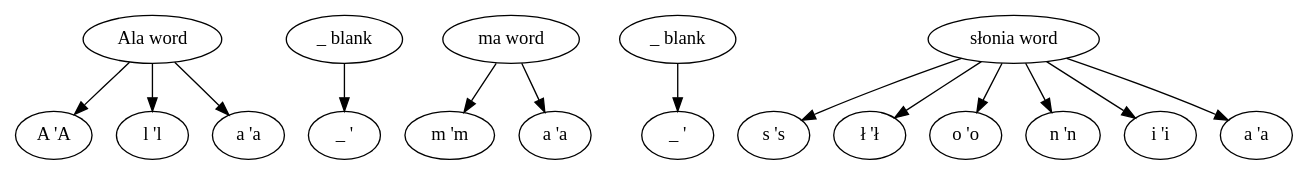
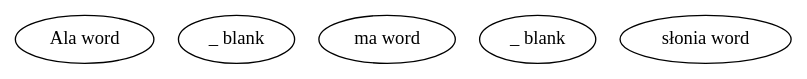
The diagram in formats/gv/m/tree/pl_sample_simple.out.dot (manicki/psi-toolkit), drawn with Graphviz before and after one commit. The commit also changed 17 other files, not shown here.

```diff
--- a/formats/gv/m/tree/pl_sample_simple.out.dot
+++ b/formats/gv/m/tree/pl_sample_simple.out.dot
@@ -1,35 +1,9 @@
 digraph g {
 	node [label="\N"];
 	graph [rankdir=TB];
-	1 [label="A 'A"];
-	2 [label="l 'l"];
-	3 [label="a 'a"];
-	4 [label="Ala word"];
-	5 [label="_ ' "];
-	6 [label="_ blank"];
-	7 [label="m 'm"];
-	8 [label="a 'a"];
-	9 [label="ma word"];
-	10 [label="_ ' "];
-	11 [label="_ blank"];
-	12 [label="s 's"];
-	13 [label="ł 'ł"];
-	14 [label="o 'o"];
-	15 [label="n 'n"];
-	16 [label="i 'i"];
-	17 [label="a 'a"];
-	18 [label="słonia word"];
-	4 -> 1;
-	4 -> 2;
-	4 -> 3;
-	6 -> 5;
-	9 -> 7;
-	9 -> 8;
-	11 -> 10;
-	18 -> 12;
-	18 -> 13;
-	18 -> 14;
-	18 -> 15;
-	18 -> 16;
-	18 -> 17;
+	1 [label="Ala word"];
+	2 [label="_ blank"];
+	3 [label="ma word"];
+	4 [label="_ blank"];
+	5 [label="słonia word"];
 }
```
